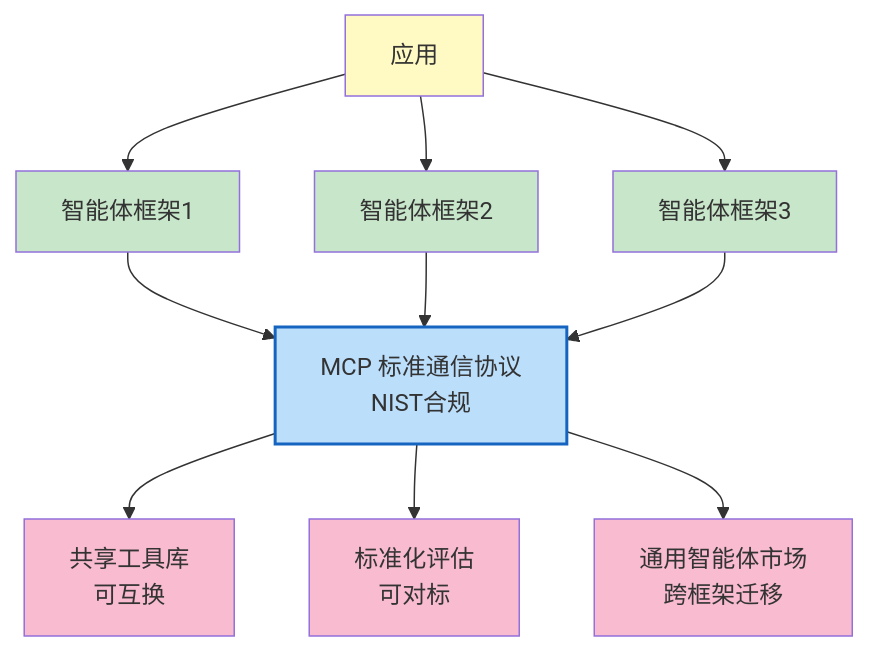
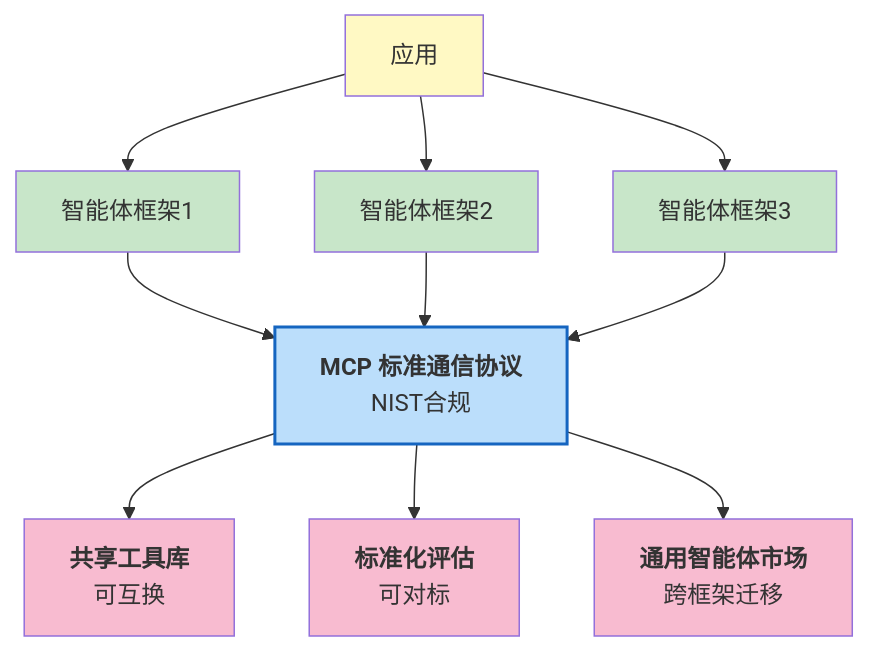
Before and after one commit to yeasy/harness_engineering_guide: the fourth of 5 diagrams in 14_future/14.2_standardization.md, drawn with Mermaid. The commit also changed other lines of this file and 26 other files, not shown here.

Commit message:
Add bold titles to Mermaid diagram nodes

````diff
--- a/14_future/14.2_standardization.md
+++ b/14_future/14.2_standardization.md
@@ -329,23 +329,23 @@
 ```mermaid
 graph TD
     A["应用"] --> B["智能体框架1"]
     A --> C["智能体框架2"]
     A --> D["智能体框架3"]
 
-    B --> E["MCP 标准通信协议<br/>NIST合规"]
+    B --> E["<b>MCP 标准通信协议</b><br/>NIST合规"]
     C --> E
     D --> E
 
-    E --> F["共享工具库<br/>可互换"]
-    E --> G["标准化评估<br/>可对标"]
-    E --> H["通用智能体市场<br/>跨框架迁移"]
+    E --> F["<b>共享工具库</b><br/>可互换"]
+    E --> G["<b>标准化评估</b><br/>可对标"]
+    E --> H["<b>通用智能体市场</b><br/>跨框架迁移"]
 
     style A fill:#fff9c4
     style B fill:#c8e6c9
     style C fill:#c8e6c9
     style D fill:#c8e6c9
     style E fill:#bbdefb,stroke:#1565c0,stroke-width:2px
     style F fill:#f8bbd0
     style G fill:#f8bbd0
     style H fill:#f8bbd0
 ```
````
